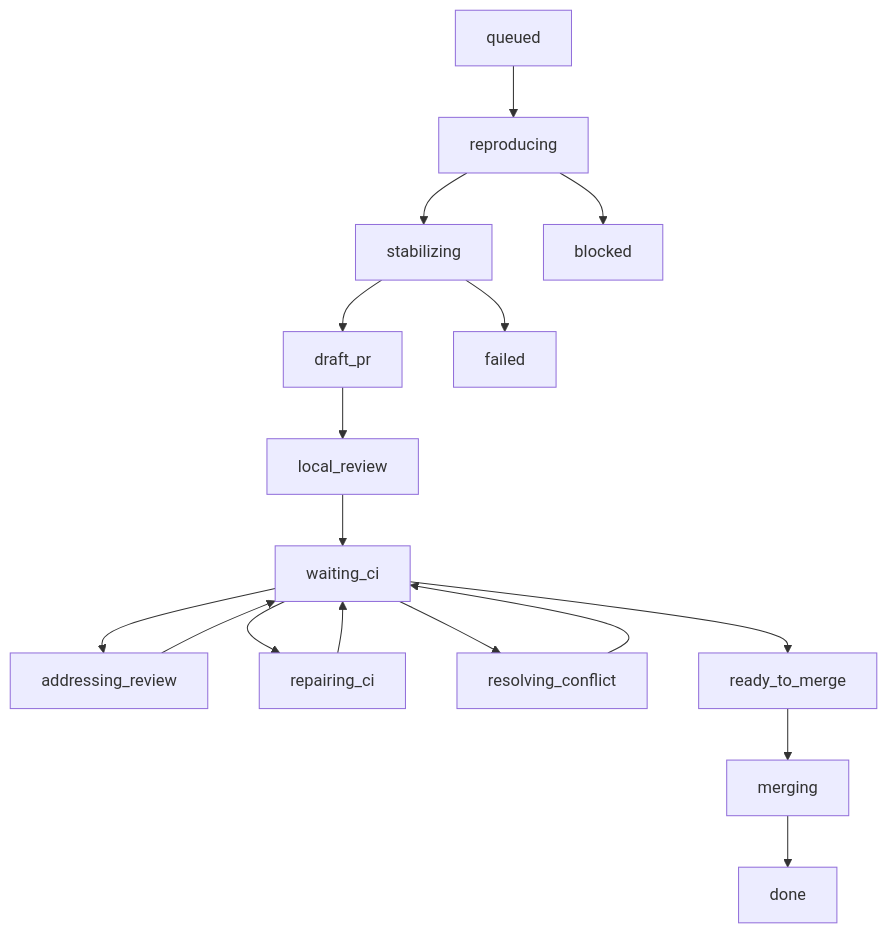
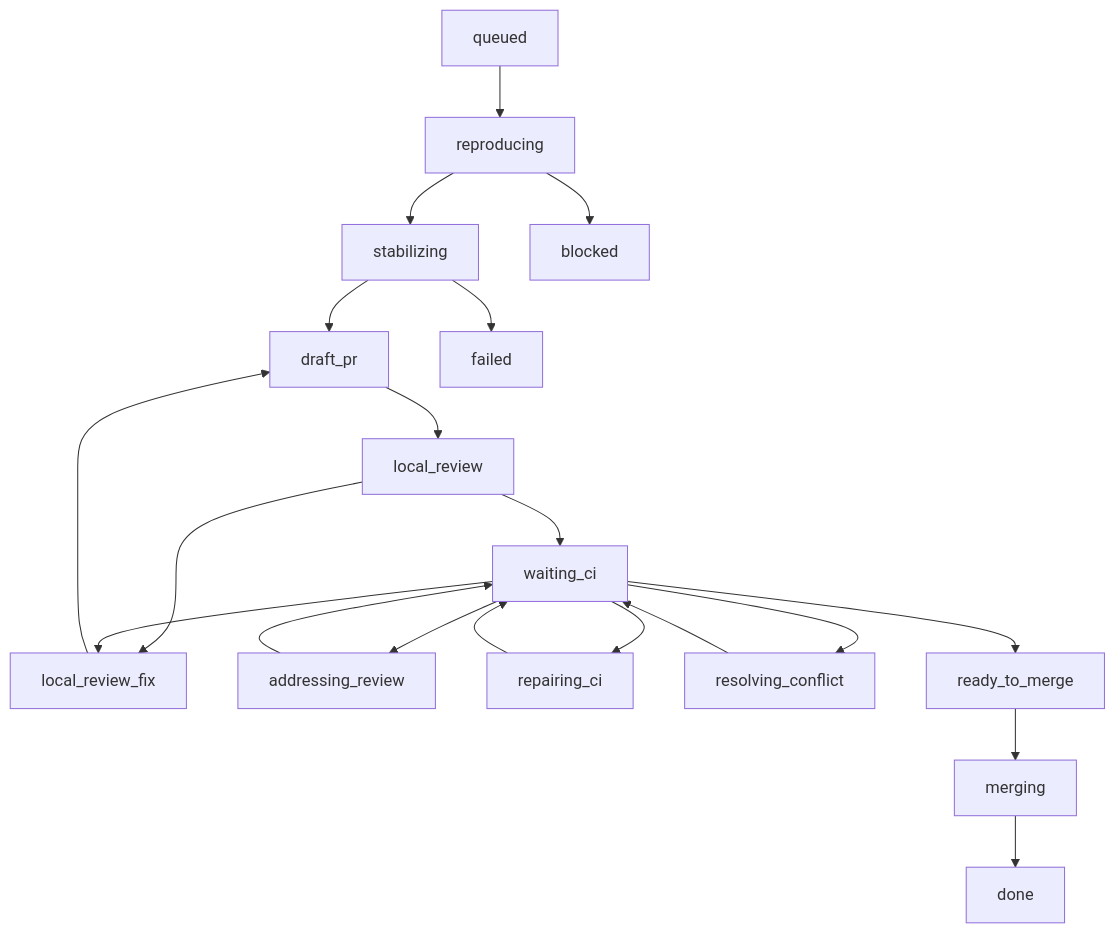
One commit to TommyKammy/codex-supervisor changed the fifth of 5 diagrams in docs/getting-started.md. Above: the diagram before and after it, drawn with Mermaid. The commit also changed other lines of this file and 9 other files, not shown here.

First line of the commit message:
Add a dedicated local_review_fix repair mode (#46) (#53)

````diff
--- a/docs/getting-started.md
+++ b/docs/getting-started.md
@@ -379,19 +380,22 @@
 ```mermaid
 flowchart TD
   Q["queued"] --> R["reproducing"]
   R --> S["stabilizing"]
   S --> D["draft_pr"]
   D --> L["local_review"]
+  L --> F["local_review_fix"]
+  F --> D
   L --> W["waiting_ci"]
   W --> A["addressing_review"]
   W --> C["repairing_ci"]
   W --> X["resolving_conflict"]
+  W --> F
   W --> M["ready_to_merge"]
   A --> W
   C --> W
   X --> W
   M --> G["merging"]
   G --> O["done"]
   R --> B["blocked"]
-  S --> F["failed"]
+  S --> Z["failed"]
 ```
````
